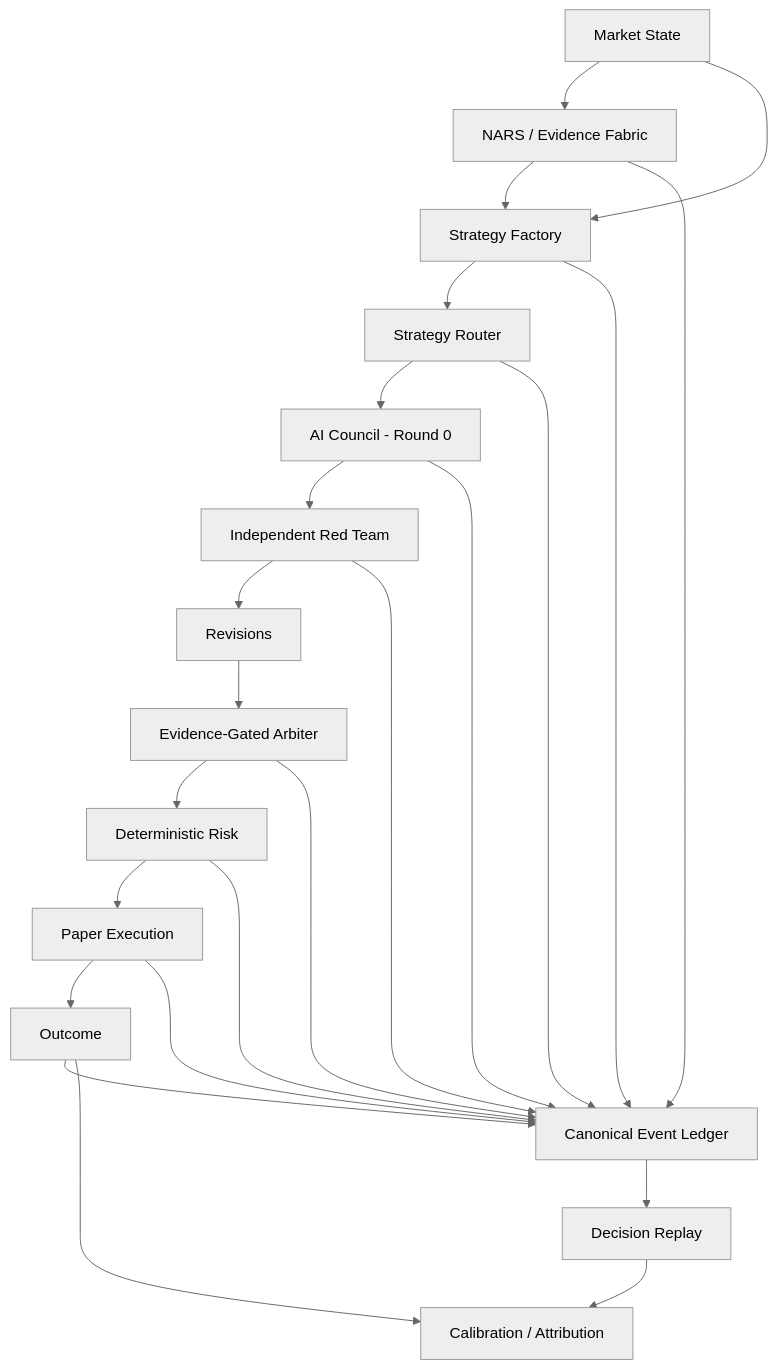
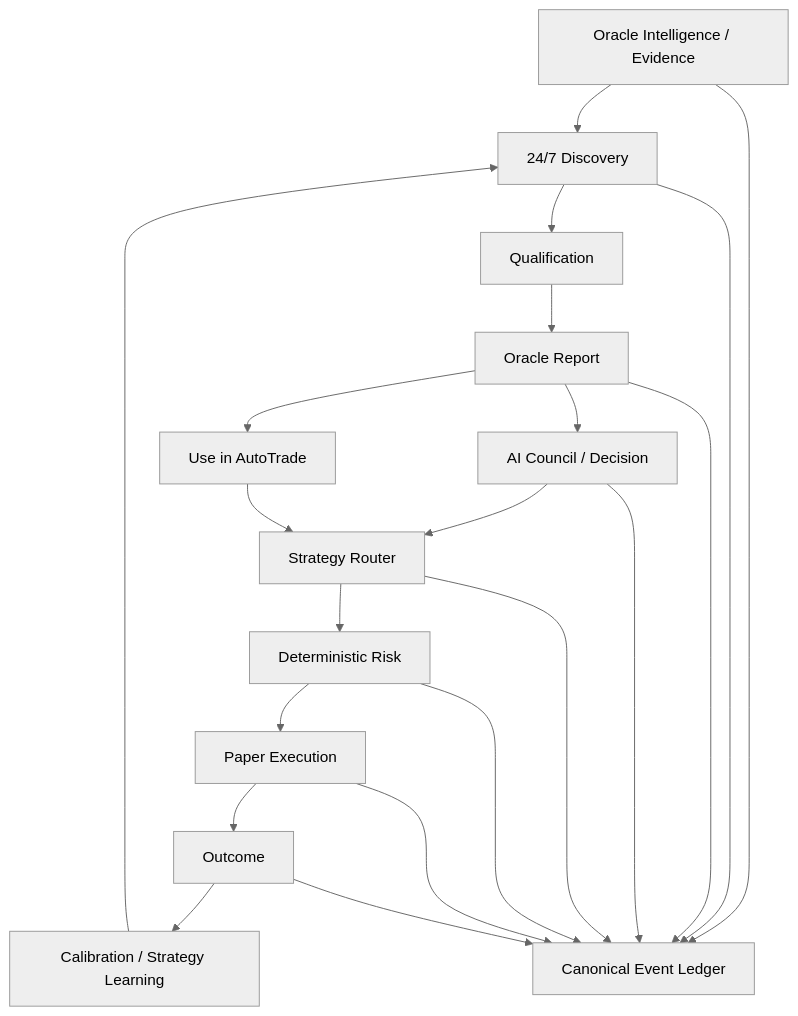
The diagram in README.md (hanul442/Black-oracle), drawn with Mermaid (neutral theme) before and after one commit. The commit also changed other lines of this file, not shown here.

Commit message:
docs: reposition Black Oracle for Beta 1.0

````diff
--- a/README.md
+++ b/README.md
@@ -40,28 +96,25 @@
 ```mermaid
 flowchart TD
-    M[Market State] --> E[NARS / Evidence Fabric]
-    M --> F[Strategy Factory]
-    E --> F
-    F --> R[Strategy Router]
-    R --> C[AI Council - Round 0]
-    C --> RT[Independent Red Team]
-    RT --> RV[Revisions]
-    RV --> A[Evidence-Gated Arbiter]
-    A --> K[Deterministic Risk]
-    K --> X[Paper Execution]
+    I[Oracle Intelligence / Evidence] --> D[24/7 Discovery]
+    D --> Q[Qualification]
+    Q --> RP[Oracle Report]
+    RP --> C[AI Council / Decision]
+    C --> SR[Strategy Router]
+    SR --> R[Deterministic Risk]
+    R --> X[Paper Execution]
     X --> O[Outcome]
+    O --> L[Calibration / Strategy Learning]
+    L --> D
 
-    E --> L[Canonical Event Ledger]
-    F --> L
-    R --> L
-    C --> L
-    RT --> L
-    A --> L
-    K --> L
-    X --> L
-    O --> L
+    RP --> H[Use in AutoTrade]
+    H --> SR
 
-    L --> D[Decision Replay]
-    O --> CAL[Calibration / Attribution]
-    D --> CAL
+    I --> CL[Canonical Event Ledger]
+    D --> CL
+    RP --> CL
+    C --> CL
+    SR --> CL
+    R --> CL
+    X --> CL
+    O --> CL
 ```
````
